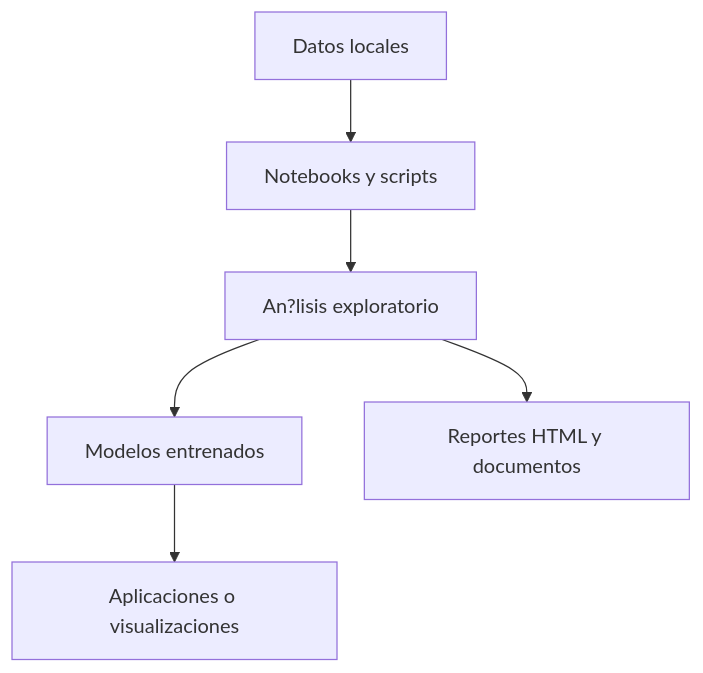
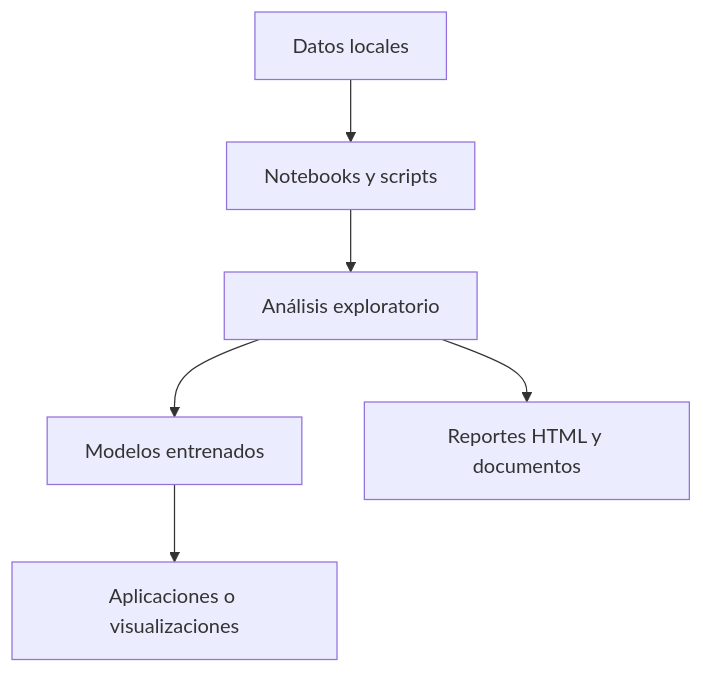
Before and after one commit to FrankYesid/Ruta_aprendizaje_2026: the diagram in README.md, drawn with Mermaid. The commit also changed other lines of this file and 9 other files, not shown here.

````diff
--- a/README.md
+++ b/README.md
@@ -7,8 +7,8 @@
 ```mermaid
 flowchart TD
     A[Datos locales] --> B[Notebooks y scripts]
-    B --> C[An?lisis exploratorio]
+    B --> C[Análisis exploratorio]
     C --> D[Modelos entrenados]
     C --> E[Reportes HTML y documentos]
     D --> F[Aplicaciones o visualizaciones]
 ```
````
